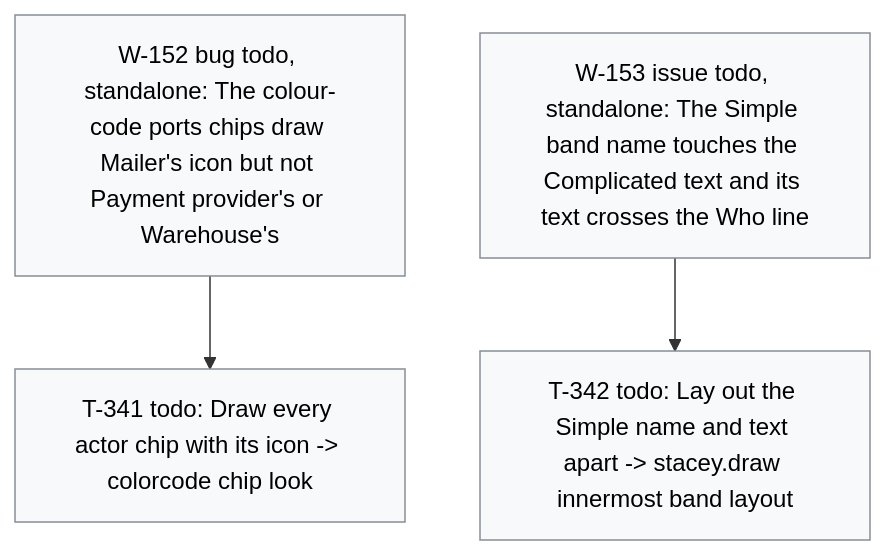
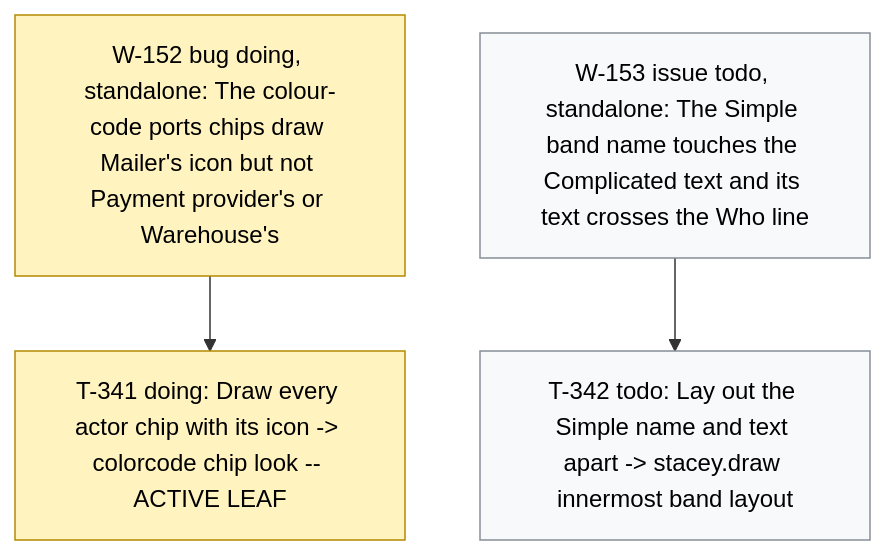
One commit to dpopchev/chaos-to-simple changed the diagram in .board/BOARD.md. Above: the diagram before and after it, drawn with Mermaid. The commit also changed other lines of this file and 2 other files, not shown here.

Commit message:
chore(board): activate W-152, start T-341
Refs: W-152 T-341

````diff
--- a/.board/BOARD.md
+++ b/.board/BOARD.md
@@ -903,13 +903,14 @@
 ```mermaid
 flowchart TD
-  W152["W-152 bug todo, standalone: The colour-code ports chips draw Mailer's icon but not Payment provider's or Warehouse's"]
-  W152 --> T341["T-341 todo: Draw every actor chip with its icon -> colorcode chip look"]
+  W152["W-152 bug doing, standalone: The colour-code ports chips draw Mailer's icon but not Payment provider's or Warehouse's"]
+  W152 --> T341["T-341 doing: Draw every actor chip with its icon -> colorcode chip look -- ACTIVE LEAF"]
   W153["W-153 issue todo, standalone: The Simple band name touches the Complicated text and its text crosses the Who line"]
   W153 --> T342["T-342 todo: Lay out the Simple name and text apart -> stacey.draw innermost band layout"]
   classDef doing fill:#fff3bf,stroke:#b58900,color:#000;
   classDef blocked fill:#ffe3e3,stroke:#c92a2a,color:#000;
   classDef done fill:#e6ffed,stroke:#2b8a3e,color:#000;
   classDef todo fill:#f8f9fa,stroke:#868e96,color:#000;
   classDef pruned fill:#f1f3f5,stroke:#adb5bd,color:#000;
-  class W152,T341,W153,T342 todo
+  class W152,T341 doing
+  class W153,T342 todo
 ```
````
